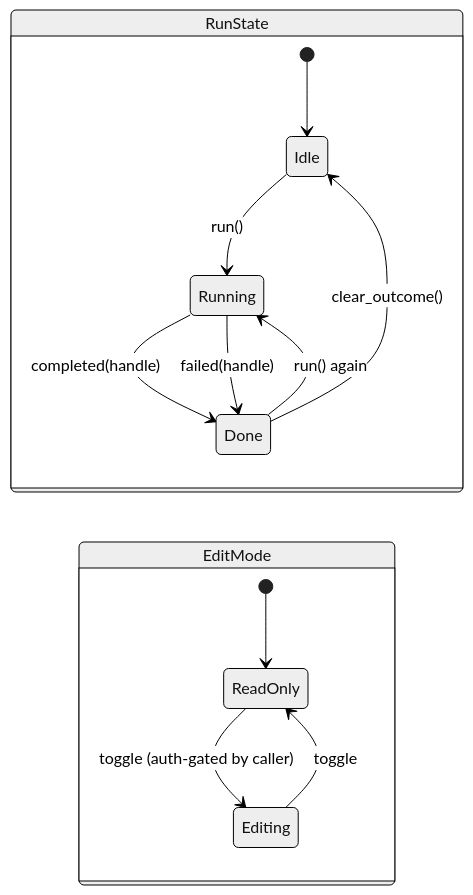
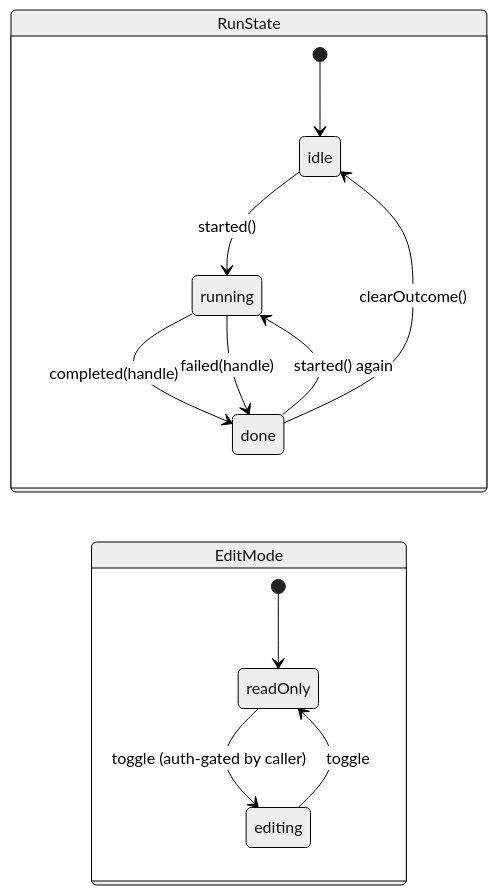
Before and after one commit to ani2fun/synapse-content: the second of 2 diagrams in synapse-app-from-scratch/02-low-level-design/04-the-client.md, drawn with Mermaid (neutral theme). The commit also changed other lines of this file and 29 other files, not shown here.

````diff
--- a/synapse-app-from-scratch/02-low-level-design/04-the-client.md
+++ b/synapse-app-from-scratch/02-low-level-design/04-the-client.md
@@ -131,17 +207,17 @@
 ```mermaid
 stateDiagram-v2
     direction LR
     state "RunState" as RS {
-        [*] --> Idle
-        Idle --> Running: run()
-        Running --> Done: completed(handle)
-        Running --> Done: failed(handle)
-        Done --> Running: run() again
-        Done --> Idle: clear_outcome()
+        [*] --> idle
+        idle --> running: started()
+        running --> done: completed(handle)
+        running --> done: failed(handle)
+        done --> running: started() again
+        done --> idle: clearOutcome()
     }
     state "EditMode" as EM {
-        [*] --> ReadOnly
-        ReadOnly --> Editing: toggle (auth-gated by caller)
-        Editing --> ReadOnly: toggle
+        [*] --> readOnly
+        readOnly --> editing: toggle (auth-gated by caller)
+        editing --> readOnly: toggle
     }
 ```
````
